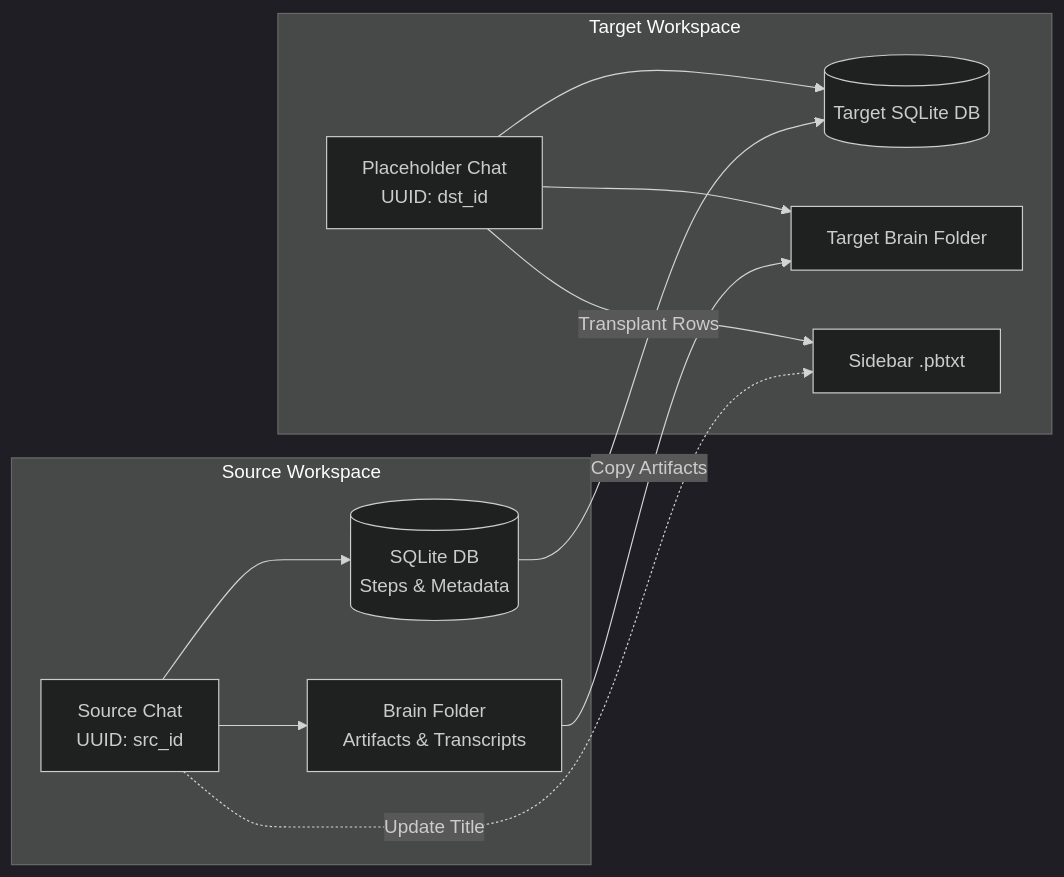
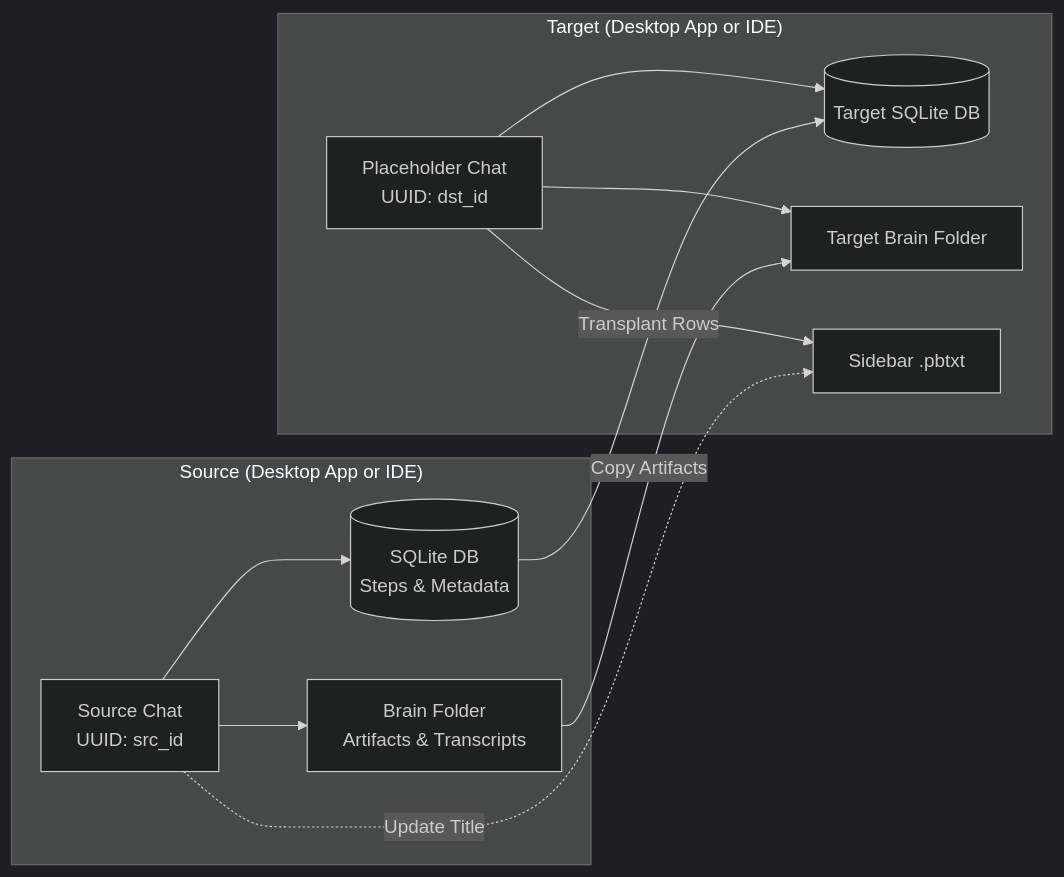
Before and after one commit to Jabir-A-H/antigravity-move-chat-to-projects: the first of 2 diagrams in README.md, drawn with Mermaid (dark theme). The commit also changed other lines of this file and 1 other file, not shown here.

Commit message:
feat: add --ide support and cross-app transplants for Antigravity IDE

````diff
--- a/README.md
+++ b/README.md
@@ -46,19 +48,19 @@
 ```mermaid
 flowchart LR
-    subgraph Source["Source Workspace"]
+    subgraph Source["Source (Desktop App or IDE)"]
         A[Source Chat<br/>UUID: src_id]
         A --> B[(SQLite DB<br/>Steps & Metadata)]
         A --> C[Brain Folder<br/>Artifacts & Transcripts]
     end
 
-    subgraph Target["Target Workspace"]
+    subgraph Target["Target (Desktop App or IDE)"]
         D[Placeholder Chat<br/>UUID: dst_id]
         D --> E[(Target SQLite DB)]
         D --> F[Target Brain Folder]
         D --> G[Sidebar .pbtxt]
     end
 
     B -->|Transplant Rows| E
     C -->|Copy Artifacts| F
     A -.->|Update Title| G
 ```
````
